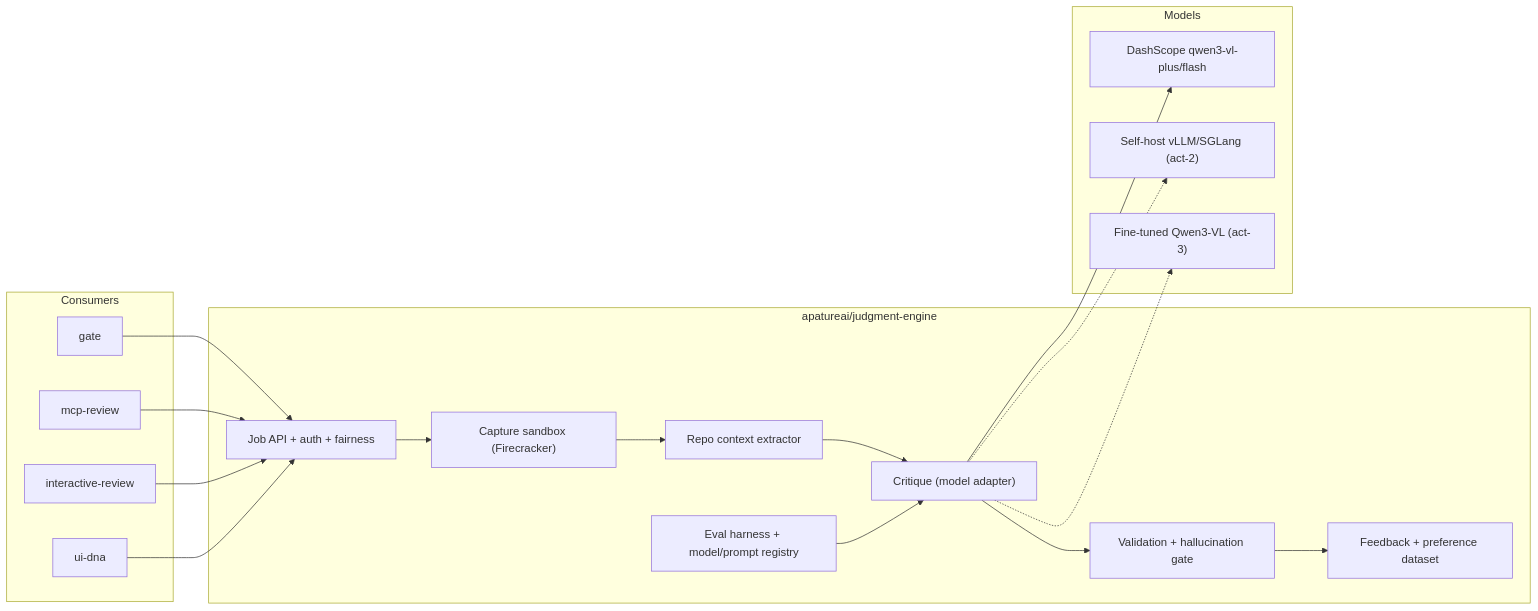
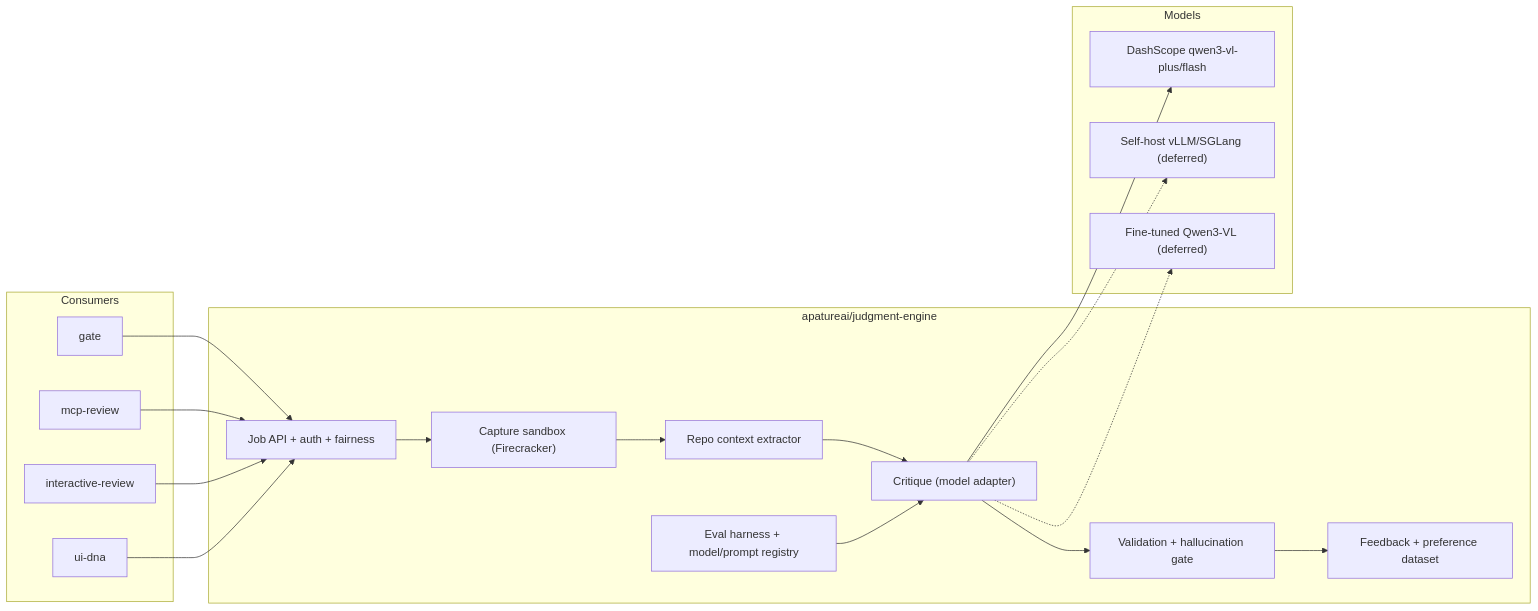
Before and after one commit to apatureai/judgment-engine: the second of 4 diagrams in ARCHITECTURE.md, drawn with Mermaid. The commit also changed other lines of this file and 53 other files, not shown here.

````diff
--- a/ARCHITECTURE.md
+++ b/ARCHITECTURE.md
@@ -51,32 +51,32 @@
 ```mermaid
 flowchart LR
   subgraph Consumers
     G["gate"]
     M["mcp-review"]
     I["interactive-review"]
     U["ui-dna"]
   end
   subgraph Engine["apatureai/judgment-engine"]
     API["Job API + auth + fairness"]
     CAP["Capture sandbox (Firecracker)"]
     CTX["Repo context extractor"]
     CRIT["Critique (model adapter)"]
     VAL["Validation + hallucination gate"]
     DATA["Feedback + preference dataset"]
     EVAL["Eval harness + model/prompt registry"]
   end
   subgraph Models
     DS["DashScope qwen3-vl-plus/flash"]
-    VLLM["Self-host vLLM/SGLang (act-2)"]
-    FT["Fine-tuned Qwen3-VL (act-3)"]
+    VLLM["Self-host vLLM/SGLang (deferred)"]
+    FT["Fine-tuned Qwen3-VL (deferred)"]
   end
   G --> API
   M --> API
   I --> API
   U --> API
   API --> CAP --> CTX --> CRIT --> VAL --> DATA
   CRIT --> DS
   CRIT -.-> VLLM
   CRIT -.-> FT
   EVAL --> CRIT
 ```
````
